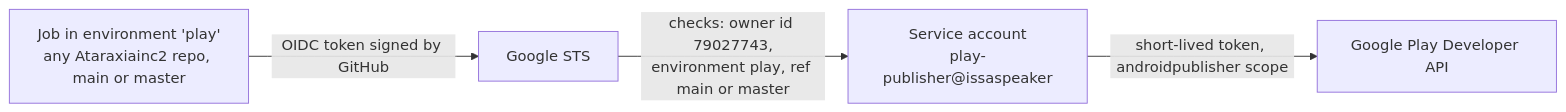
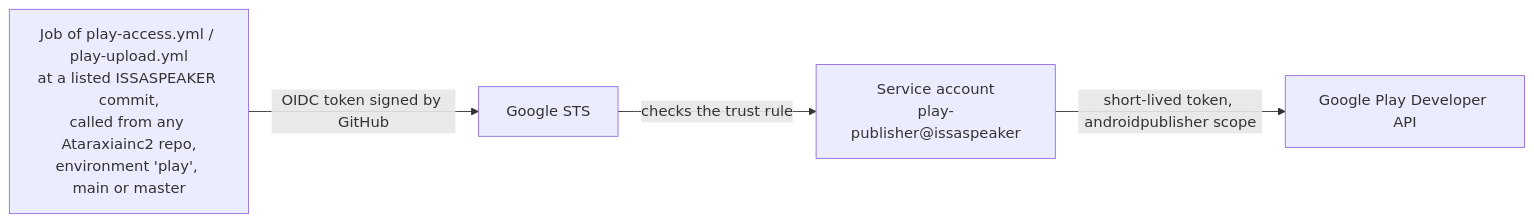
Before and after one commit to Ataraxiainc2/ISSASPEAKER: the first of 2 diagrams in docs/design/PLAY-PUBLISHING.md, drawn with Mermaid. The commit also changed other lines of this file and 12 other files, not shown here.

First line of the commit message:
Release pipeline to Play testing tracks; Google trusts pinned workflow commits only (ISP-SEC-012)

````diff
--- a/docs/design/PLAY-PUBLISHING.md
+++ b/docs/design/PLAY-PUBLISHING.md
@@ -8,6 +9,6 @@
 ```mermaid
 flowchart LR
-    A[Job in environment 'play'<br/>any Ataraxiainc2 repo, main or master] -->|OIDC token signed by GitHub| B[Google STS]
-    B -->|checks: owner id 79027743,<br/>environment play, ref main or master| C[Service account<br/>play-publisher@issaspeaker]
+    A[Job of play-access.yml / play-upload.yml<br/>at a listed ISSASPEAKER commit,<br/>called from any Ataraxiainc2 repo,<br/>environment 'play', main or master] -->|OIDC token signed by GitHub| B[Google STS]
+    B -->|checks the trust rule| C[Service account<br/>play-publisher@issaspeaker]
     C -->|short-lived token, androidpublisher scope| D[Google Play Developer API]
 ```
````
